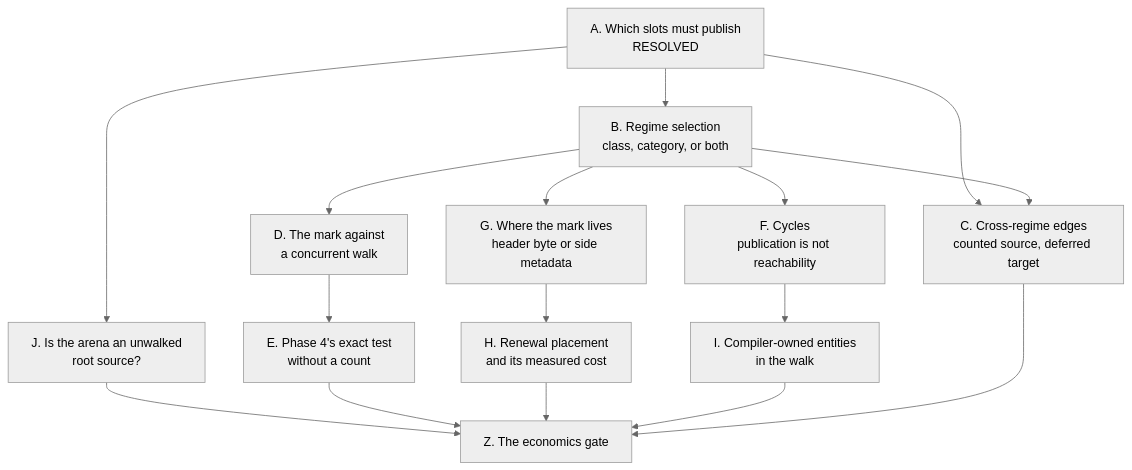
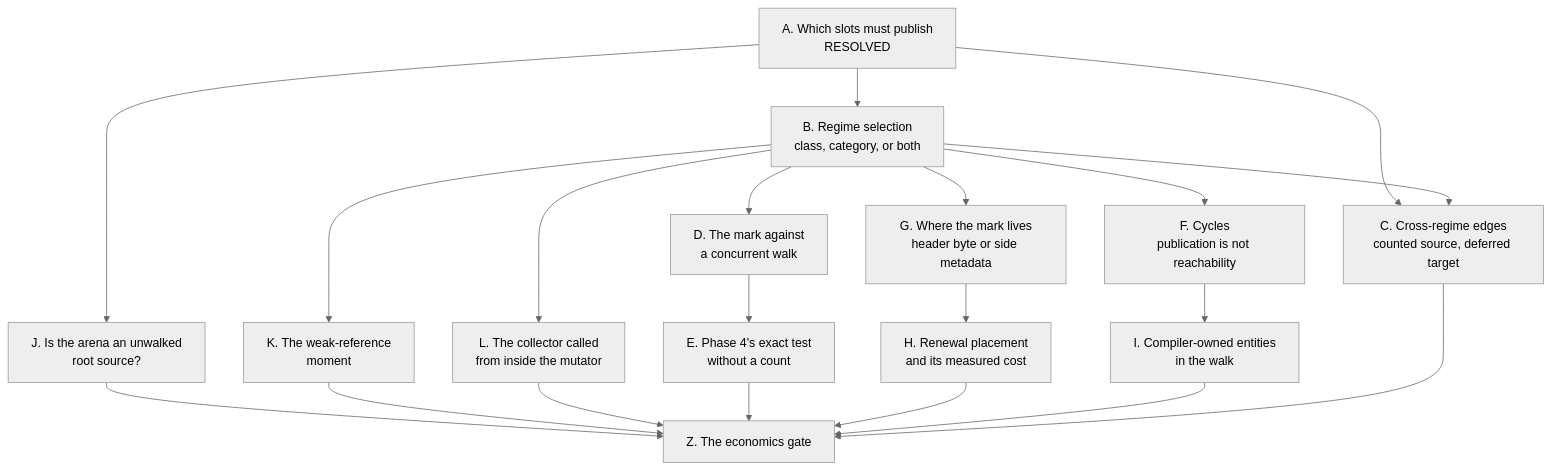
One commit to limelight-lang/rfc changed the diagram in model/gc/gc-horizon-v2/questions.md. Above: the diagram before and after it, drawn with Mermaid (neutral theme). The commit also changed other lines of this file and 1 other file, not shown here.

````diff
--- a/model/gc/gc-horizon-v2/questions.md
+++ b/model/gc/gc-horizon-v2/questions.md
@@ -9,30 +9,36 @@
 ```mermaid
 graph TD
     A["A. Which slots must publish<br/>RESOLVED"]
     B["B. Regime selection<br/>class, category, or both"]
     C["C. Cross-regime edges<br/>counted source, deferred target"]
     D["D. The mark against<br/>a concurrent walk"]
     E["E. Phase 4's exact test<br/>without a count"]
     F["F. Cycles<br/>publication is not reachability"]
     G["G. Where the mark lives<br/>header byte or side metadata"]
     H["H. Renewal placement<br/>and its measured cost"]
     I["I. Compiler-owned entities<br/>in the walk"]
     J["J. Is the arena an unwalked<br/>root source?"]
+    K["K. The weak-reference<br/>moment"]
+    L["L. The collector called<br/>from inside the mutator"]
     Z["Z. The economics gate"]
 
     A --> B
     A --> C
     B --> C
     B --> D
     B --> F
     B --> G
     D --> E
     F --> I
     G --> H
     A --> J
     J --> Z
+    B --> K
+    K --> Z
+    B --> L
+    L --> Z
     E --> Z
     H --> Z
     I --> Z
     C --> Z
 ```
````
